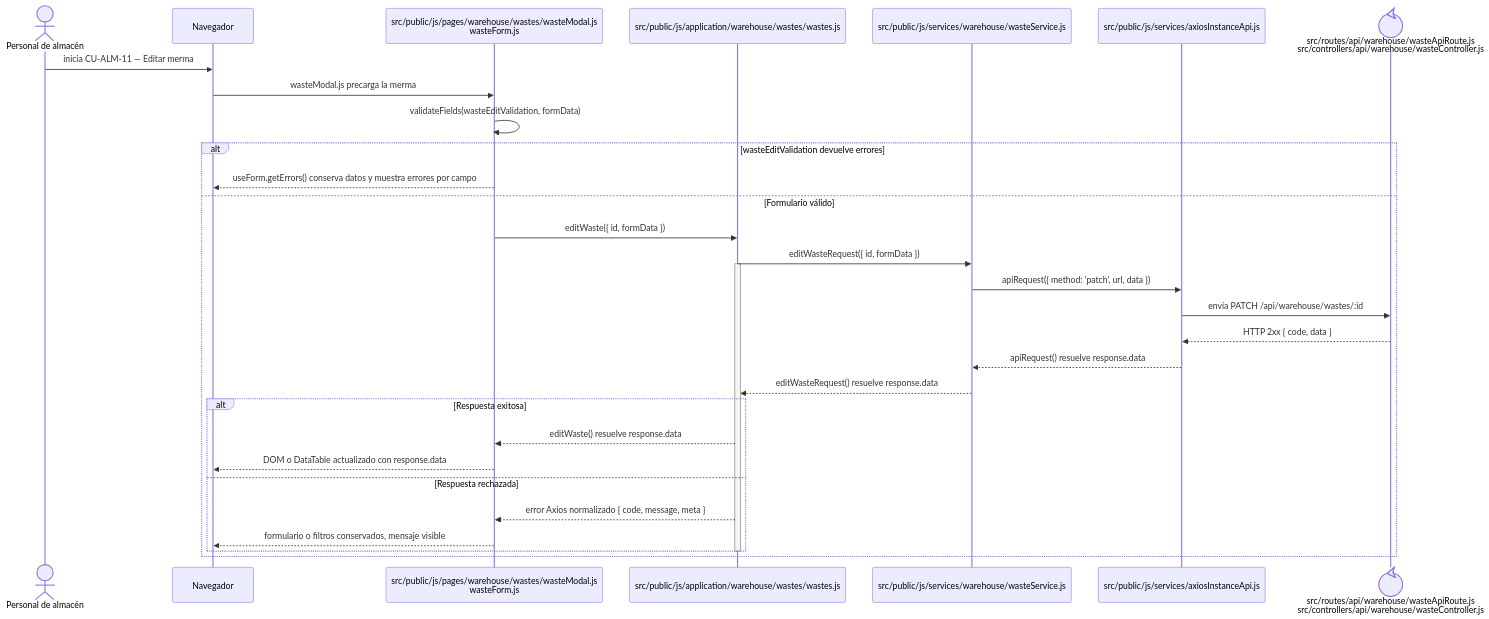
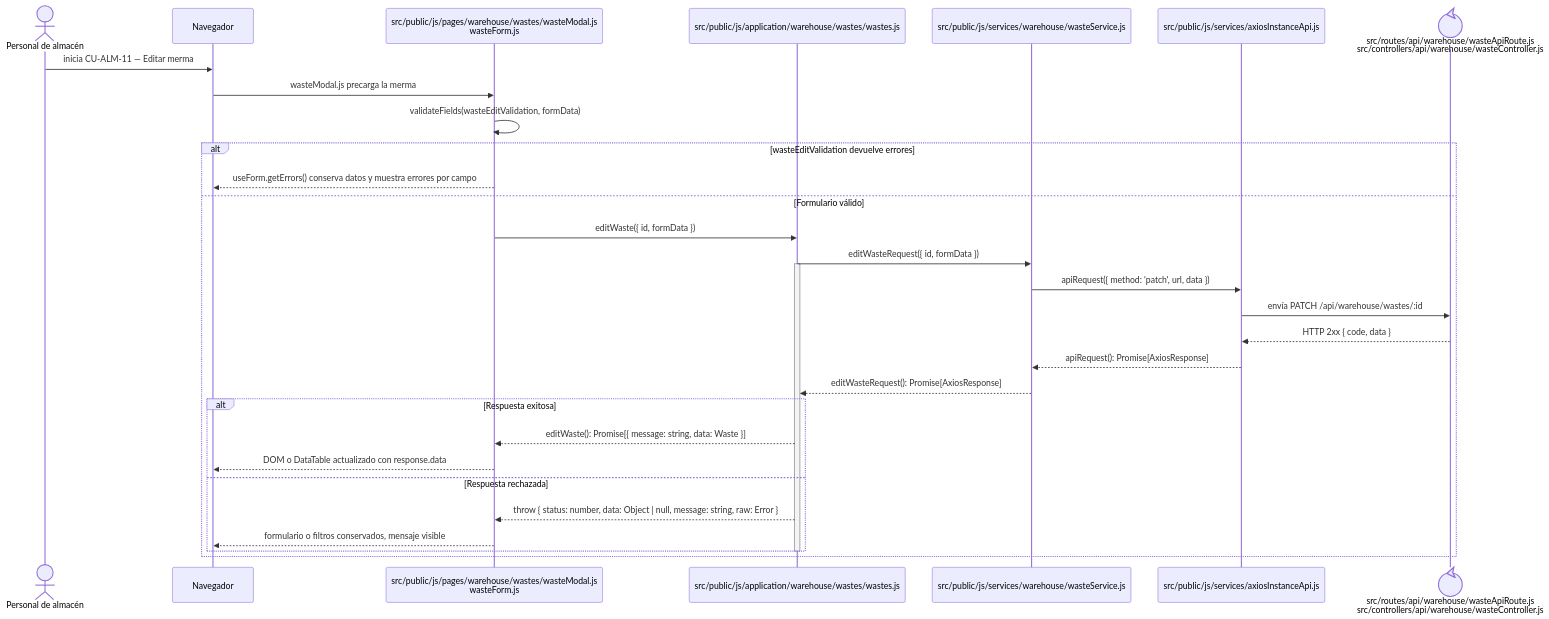
The diagram in docs/architecture/frontend-code-sequences/catalogs/cu-alm-11.md (gpgsistemas01/nexus), drawn with Mermaid before and after one commit. The commit also changed 146 other files, not shown here.

````diff
--- a/docs/architecture/frontend-code-sequences/catalogs/cu-alm-11.md
+++ b/docs/architecture/frontend-code-sequences/catalogs/cu-alm-11.md
@@ -6,34 +6,34 @@
 ```mermaid
 sequenceDiagram
     actor Initiator as Personal de almacén
     participant Browser as Navegador
     participant View as src/public/js/pages/warehouse/wastes/wasteModal.js<br/>wasteForm.js
     participant Application as src/public/js/application/warehouse/wastes/wastes.js
     participant Request as src/public/js/services/warehouse/wasteService.js
     participant HTTP as src/public/js/services/axiosInstanceApi.js
     participant Transport@{ "type": "control" } as src/routes/api/warehouse/wasteApiRoute.js<br/>src/controllers/api/warehouse/wasteController.js
 
     Initiator->>Browser: inicia CU-ALM-11 — Editar merma
     Browser->>View: wasteModal.js precarga la merma
     View->>View: validateFields(wasteEditValidation, formData)
     alt wasteEditValidation devuelve errores
         View-->>Browser: useForm.getErrors() conserva datos y muestra errores por campo
     else Formulario válido
         View->>Application: editWaste({ id, formData })
         Application->>Request: editWasteRequest({ id, formData })
         activate Application
         Request->>HTTP: apiRequest({ method: 'patch', url, data })
         HTTP->>Transport: envía PATCH /api/warehouse/wastes/:id
         Transport-->>HTTP: HTTP 2xx { code, data }
-        HTTP-->>Request: apiRequest() resuelve response.data
-        Request-->>Application: editWasteRequest() resuelve response.data
+        HTTP-->>Request: apiRequest(): Promise[AxiosResponse]
+        Request-->>Application: editWasteRequest(): Promise[AxiosResponse]
         alt Respuesta exitosa
-            Application-->>View: editWaste() resuelve response.data
+            Application-->>View: editWaste(): Promise[{ message: string, data: Waste }]
             View-->>Browser: DOM o DataTable actualizado con response.data
         else Respuesta rechazada
-            Application-->>View: error Axios normalizado { code, message, meta }
+            Application-->>View: throw { status: number, data: Object | null, message: string, raw: Error }
             View-->>Browser: formulario o filtros conservados, mensaje visible
         end
         deactivate Application
     end
 ```
````
